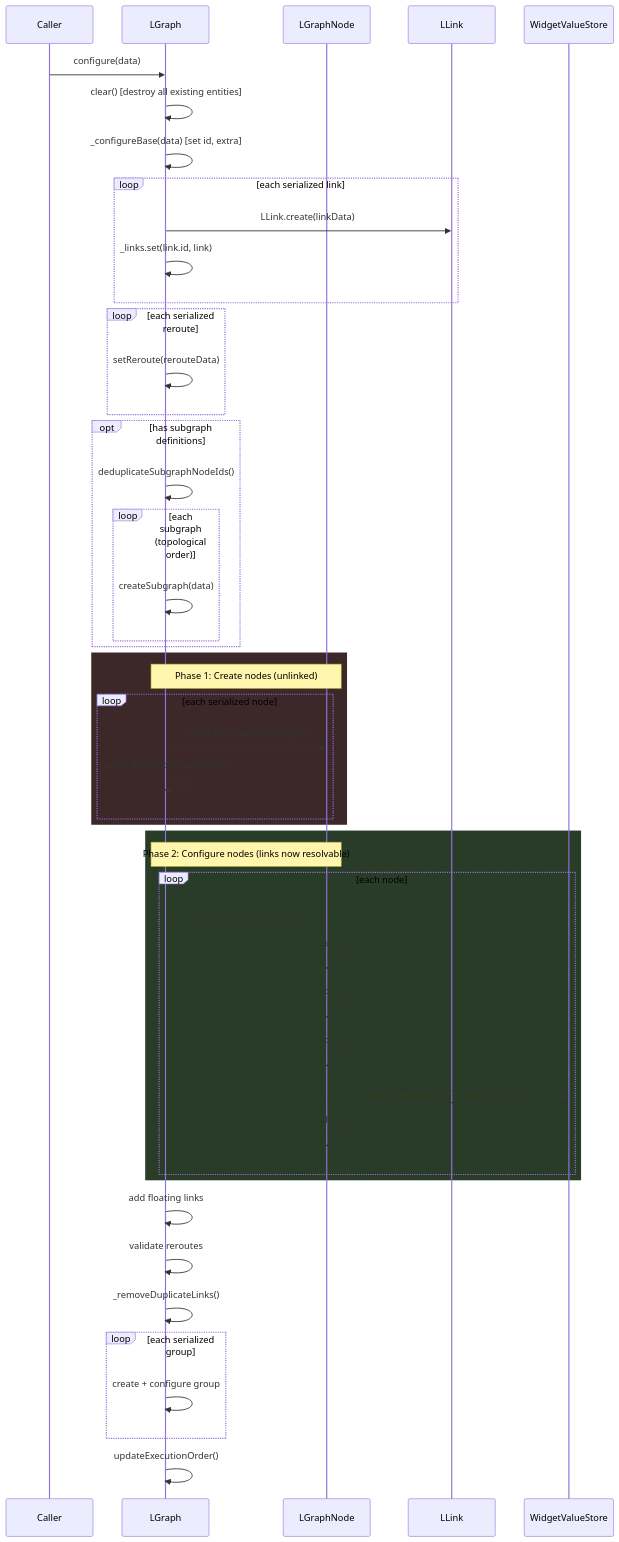
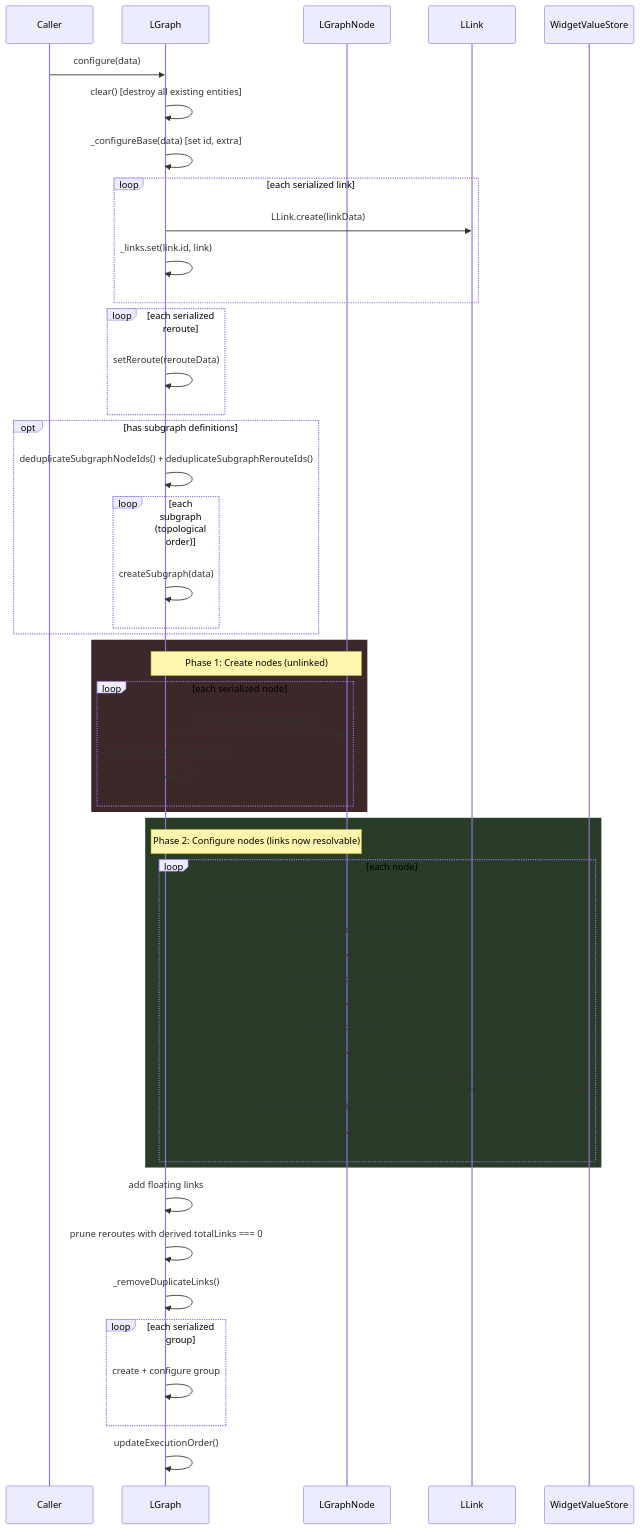
One commit to Comfy-Org/ComfyUI_frontend changed the fifth of 14 diagrams in docs/architecture/ecs-lifecycle-scenarios.md. Above: the diagram before and after it, drawn with Mermaid. The commit also changed other lines of this file and 9 other files, not shown here.

First line of the commit message:
docs: align ECS architecture records with shipped link/reroute stores

````diff
--- a/docs/architecture/ecs-lifecycle-scenarios.md
+++ b/docs/architecture/ecs-lifecycle-scenarios.md
@@ -204,58 +207,58 @@
 ```mermaid
 sequenceDiagram
     participant Caller
     participant G as LGraph
     participant N as LGraphNode
     participant L as LLink
     participant WVS as WidgetValueStore
 
     Caller->>G: configure(data)
     G->>G: clear() [destroy all existing entities]
     G->>G: _configureBase(data) [set id, extra]
 
     loop each serialized link
         G->>L: LLink.create(linkData)
         G->>G: _links.set(link.id, link)
     end
 
     loop each serialized reroute
         G->>G: setReroute(rerouteData)
     end
 
     opt has subgraph definitions
-        G->>G: deduplicateSubgraphNodeIds()
+        G->>G: deduplicateSubgraphNodeIds() + deduplicateSubgraphRerouteIds()
         loop each subgraph (topological order)
             G->>G: createSubgraph(data)
         end
     end
 
     rect rgb(60, 40, 40)
         Note over G,N: Phase 1: Create nodes (unlinked)
         loop each serialized node
             G->>N: LiteGraph.createNode(type)
             G->>G: graph.add(node) [assigns ID]
         end
     end
 
     rect rgb(40, 60, 40)
         Note over G,N: Phase 2: Configure nodes (links now resolvable)
         loop each node
             G->>N: node.configure(nodeData)
             N->>N: create slots, restore properties
             N->>N: resolve links from graph._links
             N->>N: restore widget values
             N->>WVS: widget.setNodeId() → register in store
             N->>N: fire onConnectionsChange per linked slot
         end
     end
 
     G->>G: add floating links
-    G->>G: validate reroutes
+    G->>G: prune reroutes with derived totalLinks === 0
     G->>G: _removeDuplicateLinks()
 
     loop each serialized group
         G->>G: create + configure group
     end
 
     G->>G: updateExecutionOrder()
 ```
````
